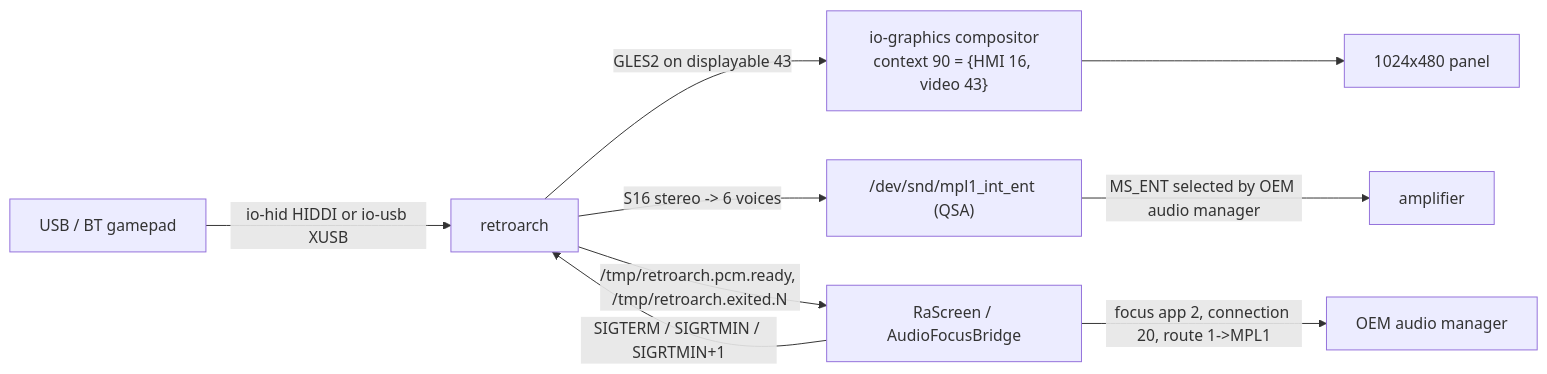
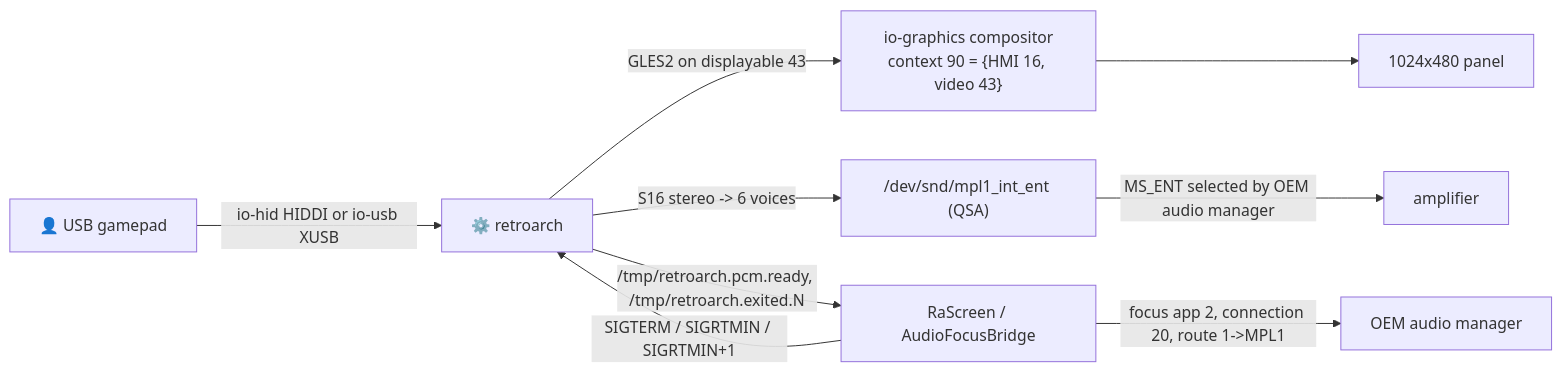
The diagram in docs/retroarch-qnx/architecture.md (luka-dev/audi-mib2q-retroarch), drawn with Mermaid before and after one commit. The commit also changed other lines of this file and 16 other files, not shown here.

First line of the commit message:
Docs: experimental framing, known issues, validated diagrams

````diff
--- a/docs/retroarch-qnx/architecture.md
+++ b/docs/retroarch-qnx/architecture.md
@@ -67,11 +67,14 @@
 ```mermaid
 flowchart LR
-    pad["USB / BT gamepad"] -->|io-hid HIDDI or io-usb XUSB| ra["retroarch"]
+    accTitle: Steady State Data Flow
+    accDescr: Gamepad input reaches the emulator, which renders to compositor displayable 43 and writes PCM to the entertainment channel while the Java hook owns focus, routing and lifecycle signals.
+
+    pad["👤 USB gamepad"] -->|"io-hid HIDDI or io-usb XUSB"| ra["⚙️ retroarch"]
     ra -->|GLES2 on displayable 43| comp["io-graphics compositor<br/>context 90 = {HMI 16, video 43}"]
     comp --> panel["1024x480 panel"]
     ra -->|"S16 stereo -> 6 voices"| qsa["/dev/snd/mpl1_int_ent (QSA)"]
     qsa -->|"MS_ENT selected by OEM audio manager"| amp["amplifier"]
     java["RaScreen / AudioFocusBridge"] -->|"focus app 2, connection 20, route 1->MPL1"| am["OEM audio manager"]
     java -->|"SIGTERM / SIGRTMIN / SIGRTMIN+1"| ra
     ra -->|"/tmp/retroarch.pcm.ready, /tmp/retroarch.exited.N"| java
 ```
````
